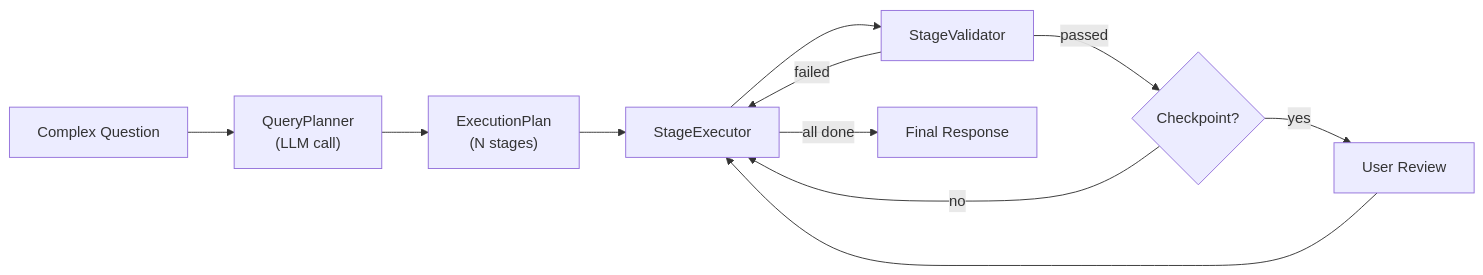
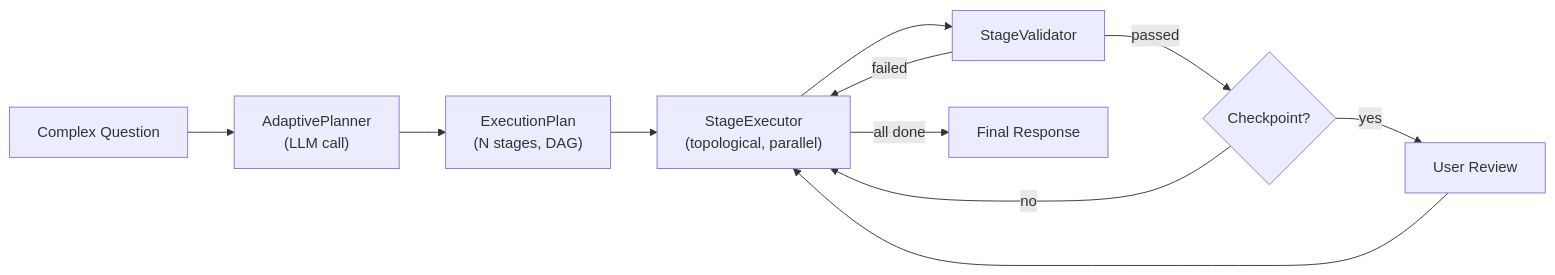
Before and after one commit to CheckMyData-AI/checkmydata-ai: the second of 12 diagrams in docs/SYSTEM_ARCHITECTURE.md, drawn with Mermaid. The commit also changed other lines of this file and 8 other files, not shown here.

````diff
--- a/docs/SYSTEM_ARCHITECTURE.md
+++ b/docs/SYSTEM_ARCHITECTURE.md
@@ -331,19 +329,19 @@
 ```mermaid
 flowchart LR
     Q["Complex Question"]
-    QP["QueryPlanner\n(LLM call)"]
-    EP["ExecutionPlan\n(N stages)"]
-    SE["StageExecutor"]
+    QP["AdaptivePlanner\n(LLM call)"]
+    EP["ExecutionPlan\n(N stages, DAG)"]
+    SE["StageExecutor\n(topological, parallel)"]
     SV["StageValidator"]
     CP{Checkpoint?}
     USR["User Review"]
     FR["Final Response"]
 
     Q --> QP --> EP --> SE
     SE --> SV
     SV -->|passed| CP
     SV -->|failed| SE
     CP -->|yes| USR --> SE
     CP -->|no| SE
     SE -->|all done| FR
 ```
````
